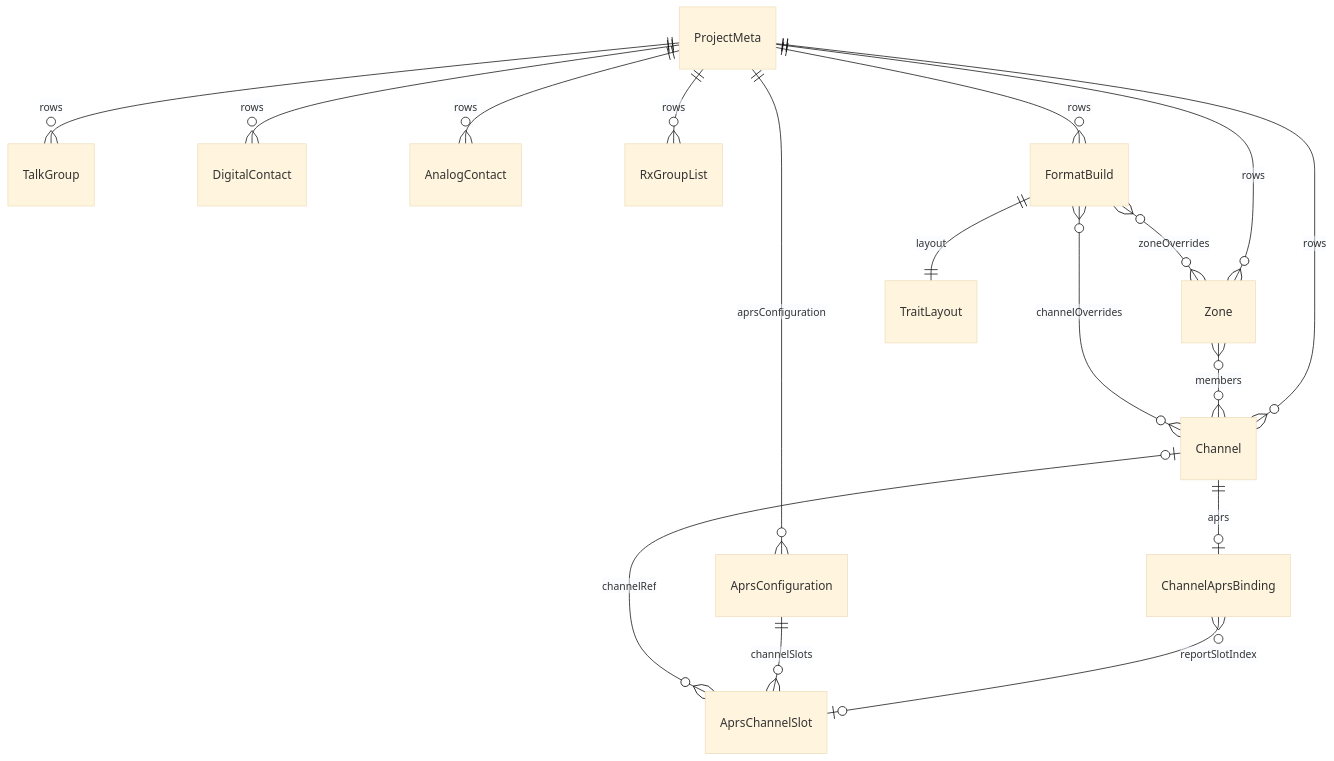
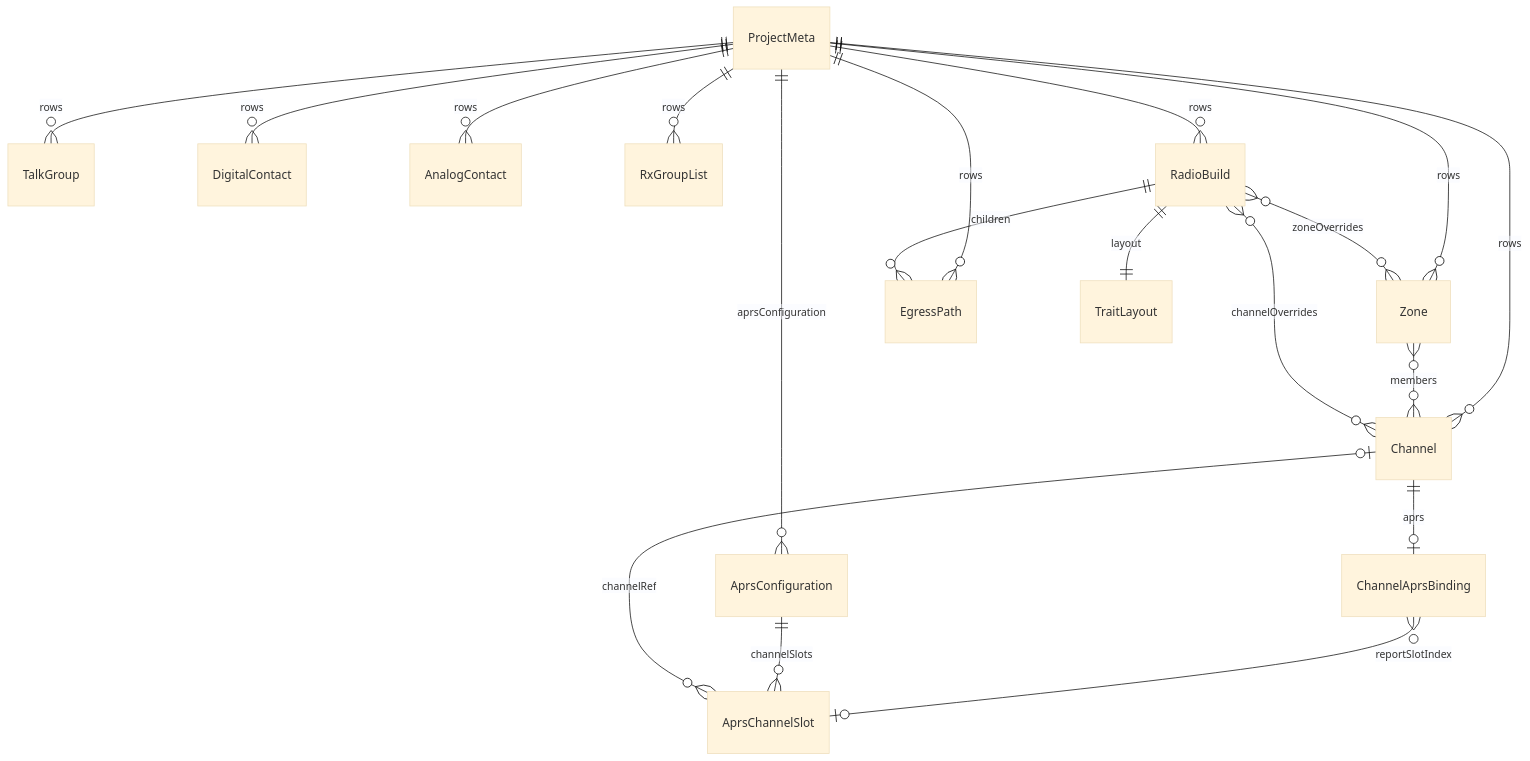
One commit to pskillen/codeplug-studio changed the second of 2 diagrams in docs/features/data-model/README.md. Above: the diagram before and after it, drawn with Mermaid (base theme). The commit also changed other lines of this file and 6 other files, not shown here.

Commit message:
docs(builds): document RadioBuild + EgressPath redesign (#654)

````diff
--- a/docs/features/data-model/README.md
+++ b/docs/features/data-model/README.md
@@ -56,19 +56,21 @@
 ```mermaid
 erDiagram
   ProjectMeta ||--o{ Channel : rows
   ProjectMeta ||--o{ Zone : rows
   ProjectMeta ||--o{ TalkGroup : rows
   ProjectMeta ||--o{ DigitalContact : rows
   ProjectMeta ||--o{ AnalogContact : rows
   ProjectMeta ||--o{ RxGroupList : rows
   ProjectMeta ||--o{ AprsConfiguration : aprsConfiguration
-  ProjectMeta ||--o{ FormatBuild : rows
+  ProjectMeta ||--o{ RadioBuild : rows
+  ProjectMeta ||--o{ EgressPath : rows
+  RadioBuild ||--o{ EgressPath : children
   Zone }o--o{ Channel : members
   Channel ||--o| ChannelAprsBinding : aprs
   ChannelAprsBinding }o--o| AprsChannelSlot : reportSlotIndex
   AprsConfiguration ||--o{ AprsChannelSlot : channelSlots
   AprsChannelSlot }o--o| Channel : channelRef
-  FormatBuild }o--o{ Channel : channelOverrides
-  FormatBuild }o--o{ Zone : zoneOverrides
-  FormatBuild ||--|| TraitLayout : layout
+  RadioBuild }o--o{ Channel : channelOverrides
+  RadioBuild }o--o{ Zone : zoneOverrides
+  RadioBuild ||--|| TraitLayout : layout
 ```
````
